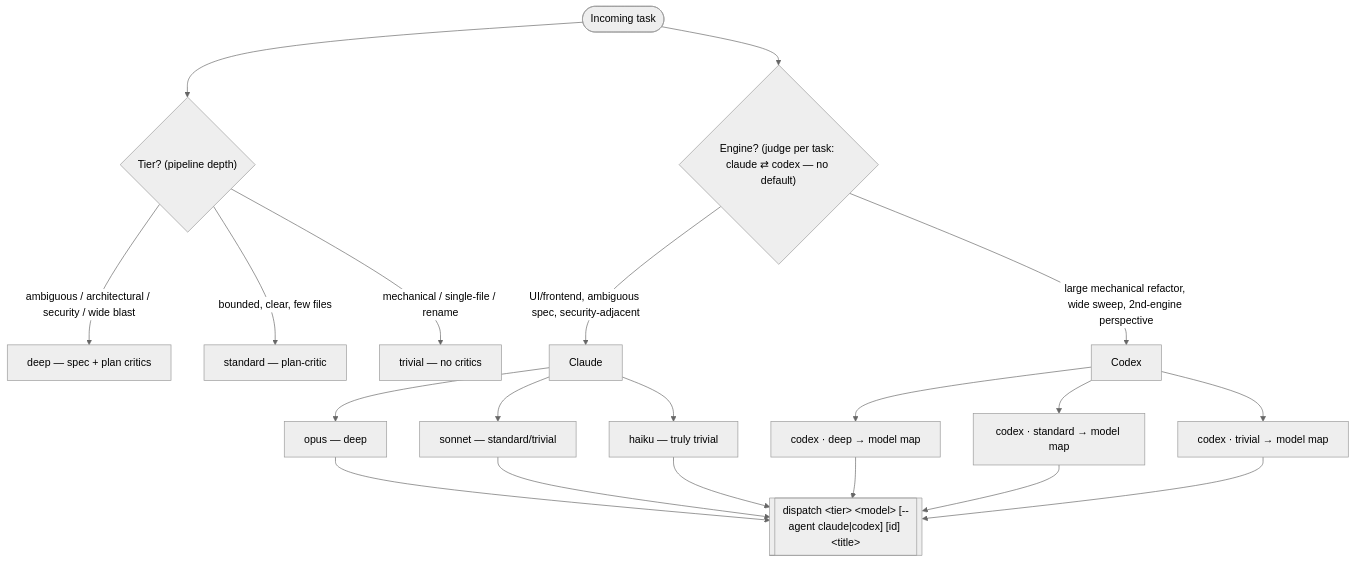
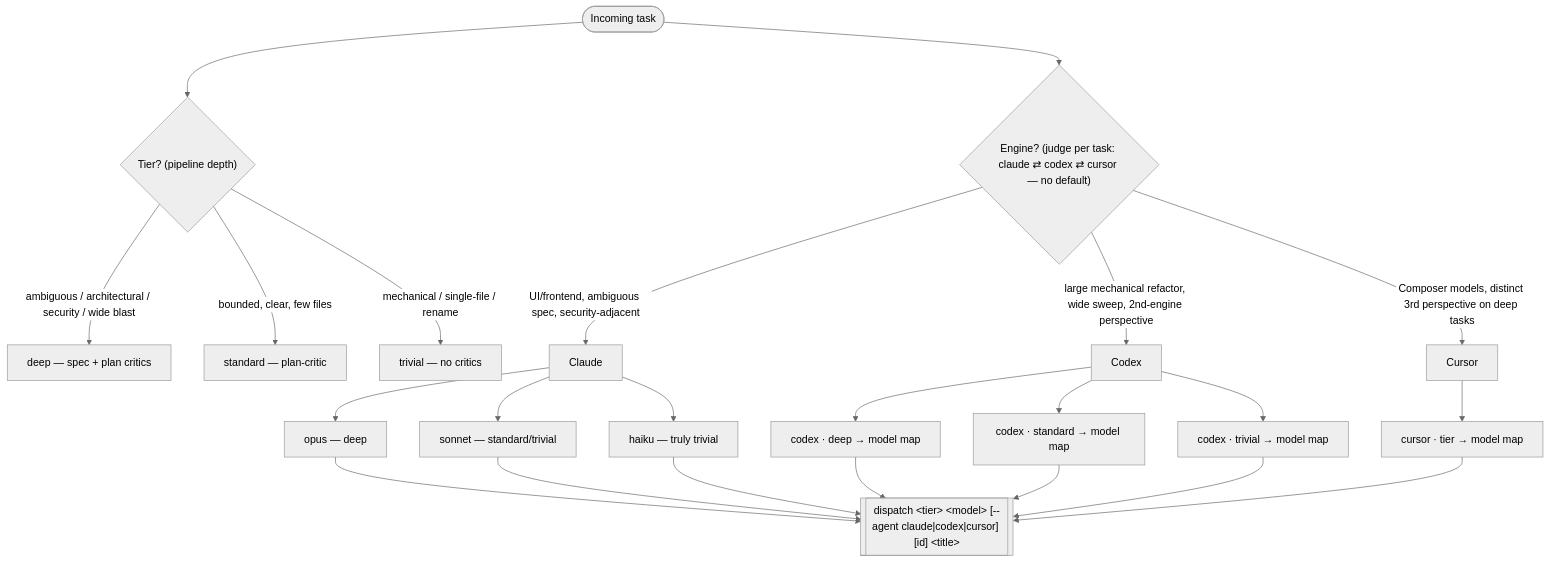
The diagram in home/ai/claude-code/dispatch-orchestration.md (noamsto/nix-config), drawn with Mermaid (neutral theme) before and after one commit. The commit also changed other lines of this file and 7 other files, not shown here.

First line of the commit message:
dispatch: add cursor-agent as a third work-profile engine (#85) (#97)

````diff
--- a/home/ai/claude-code/dispatch-orchestration.md
+++ b/home/ai/claude-code/dispatch-orchestration.md
@@ -5,26 +5,29 @@
 ```mermaid
 flowchart TD
     T(["Incoming task"]) --> TIER{"Tier? (pipeline depth)"}
-    T --> ENG{"Engine? (judge per task: claude ⇄ codex — no default)"}
+    T --> ENG{"Engine? (judge per task: claude ⇄ codex ⇄ cursor — no default)"}
 
     TIER -->|"ambiguous / architectural / security / wide blast"| DEEP["deep — spec + plan critics"]
     TIER -->|"bounded, clear, few files"| STD["standard — plan-critic"]
     TIER -->|"mechanical / single-file / rename"| TRIV["trivial — no critics"]
 
     ENG -->|"large mechanical refactor, wide sweep, 2nd-engine perspective"| CODEX["Codex"]
     ENG -->|"UI/frontend, ambiguous spec, security-adjacent"| CLAUDE["Claude"]
+    ENG -->|"Composer models, distinct 3rd perspective on deep tasks"| CURSOR["Cursor"]
 
     CLAUDE --> OPUS["opus — deep"]
     CLAUDE --> SONNET["sonnet — standard/trivial"]
     CLAUDE --> HAIKU["haiku — truly trivial"]
     CODEX --> GH["codex · deep → model map"]
     CODEX --> GM["codex · standard → model map"]
     CODEX --> GL["codex · trivial → model map"]
+    CURSOR --> CU["cursor · tier → model map"]
 
-    OPUS --> D[["dispatch &lt;tier&gt; &lt;model&gt; [--agent claude|codex] [id] &lt;title&gt;"]]
+    OPUS --> D[["dispatch &lt;tier&gt; &lt;model&gt; [--agent claude|codex|cursor] [id] &lt;title&gt;"]]
     SONNET --> D
     HAIKU --> D
     GH --> D
     GM --> D
     GL --> D
+    CU --> D
 ```
````
